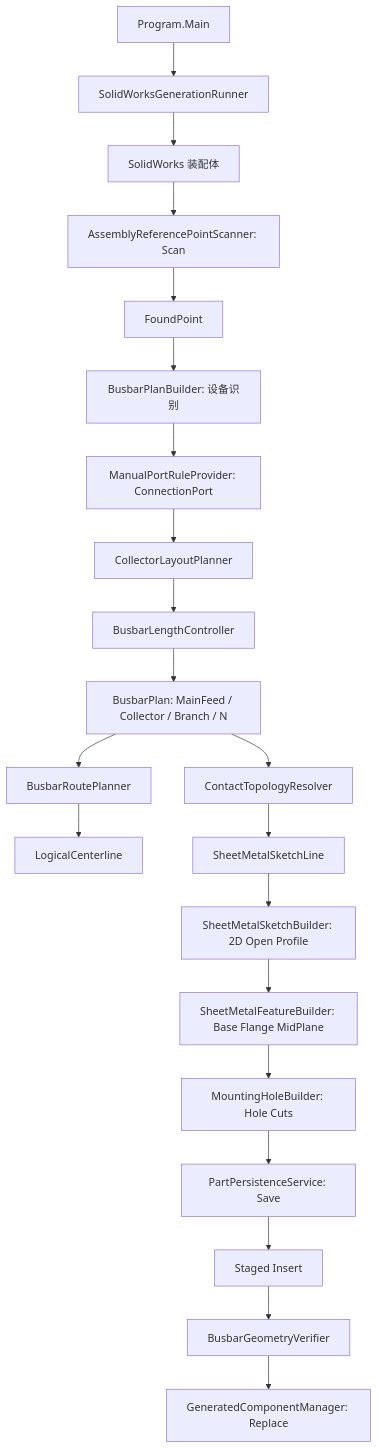
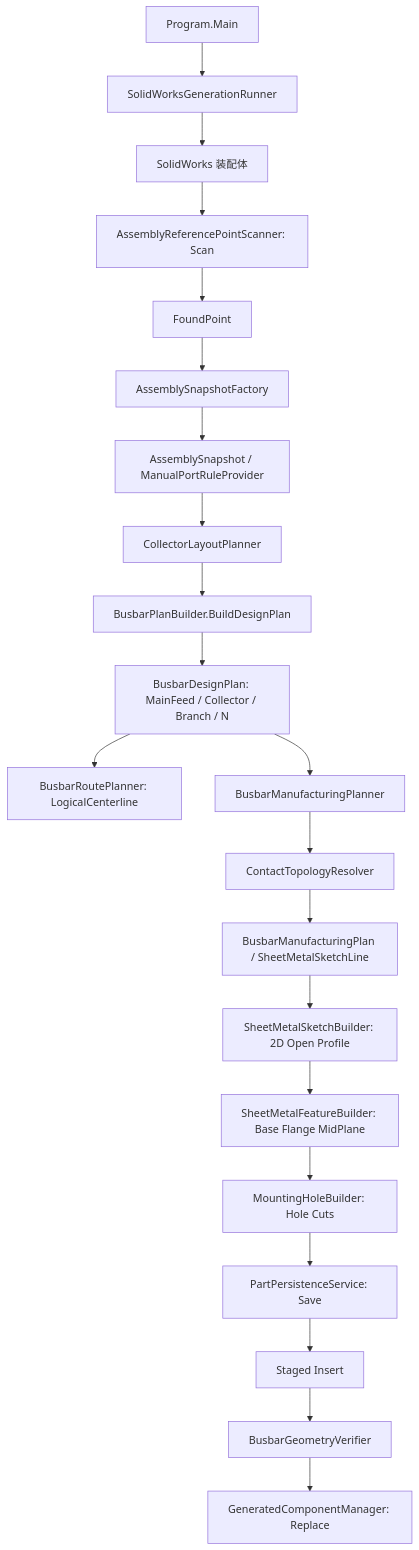
One commit to Tleide/solidworks-busbar-automation changed the diagram in BusinessFlow.md. Above: the diagram before and after it, drawn with Mermaid. The commit also changed other lines of this file and 24 other files, not shown here.

Commit message:
separate design and manufacturing planning

````diff
--- a/BusinessFlow.md
+++ b/BusinessFlow.md
@@ -69,23 +71,23 @@
 ```mermaid
 flowchart TD
     A["Program.Main"] --> B["SolidWorksGenerationRunner"]
     B --> C["SolidWorks 装配体"]
     C --> D["AssemblyReferencePointScanner: Scan"]
     D --> E["FoundPoint"]
-    E --> F["BusbarPlanBuilder: 设备识别"]
-    F --> G["ManualPortRuleProvider: ConnectionPort"]
+    E --> F["AssemblySnapshotFactory"]
+    F --> G["AssemblySnapshot / ManualPortRuleProvider"]
     G --> H["CollectorLayoutPlanner"]
-    H --> I["BusbarLengthController"]
-    I --> J["BusbarPlan: MainFeed / Collector / Branch / N"]
-    J --> K["BusbarRoutePlanner"]
-    J --> L["ContactTopologyResolver"]
-    K --> M["LogicalCenterline"]
-    L --> N["SheetMetalSketchLine"]
+    H --> I["BusbarPlanBuilder.BuildDesignPlan"]
+    I --> J["BusbarDesignPlan: MainFeed / Collector / Branch / N"]
+    J --> K["BusbarRoutePlanner: LogicalCenterline"]
+    J --> L["BusbarManufacturingPlanner"]
+    L --> M["ContactTopologyResolver"]
+    M --> N["BusbarManufacturingPlan / SheetMetalSketchLine"]
     N --> O["SheetMetalSketchBuilder: 2D Open Profile"]
     O --> P["SheetMetalFeatureBuilder: Base Flange MidPlane"]
     P --> Q["MountingHoleBuilder: Hole Cuts"]
     Q --> R["PartPersistenceService: Save"]
     R --> S["Staged Insert"]
     S --> T["BusbarGeometryVerifier"]
     T --> U["GeneratedComponentManager: Replace"]
 ```
````
